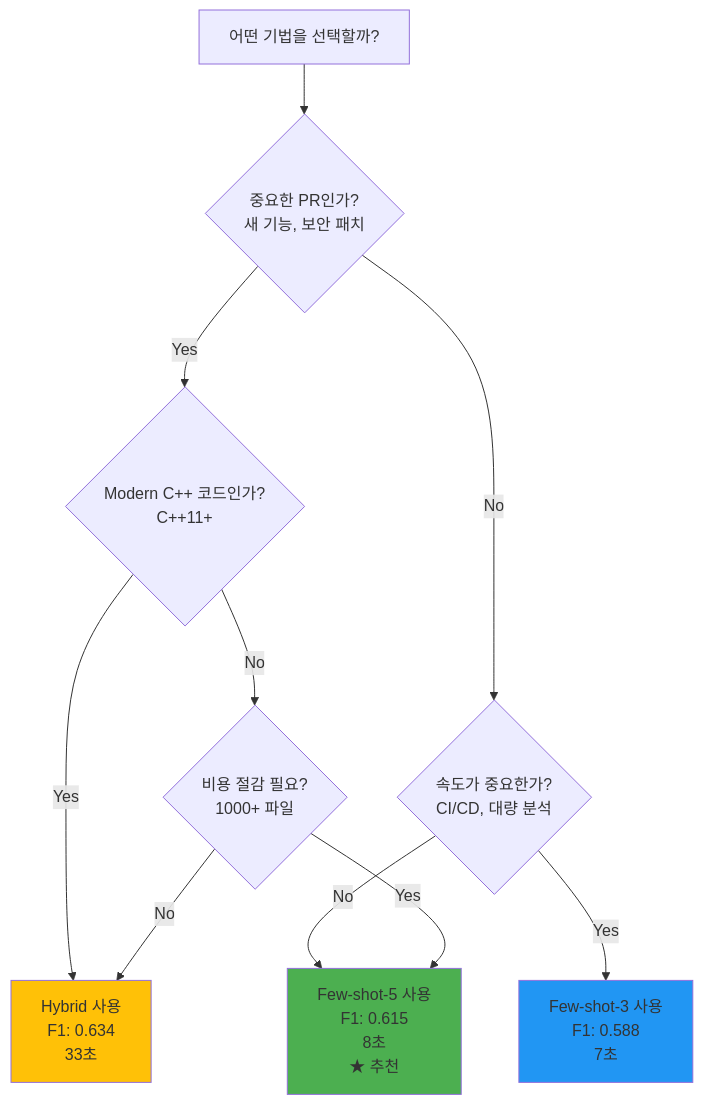
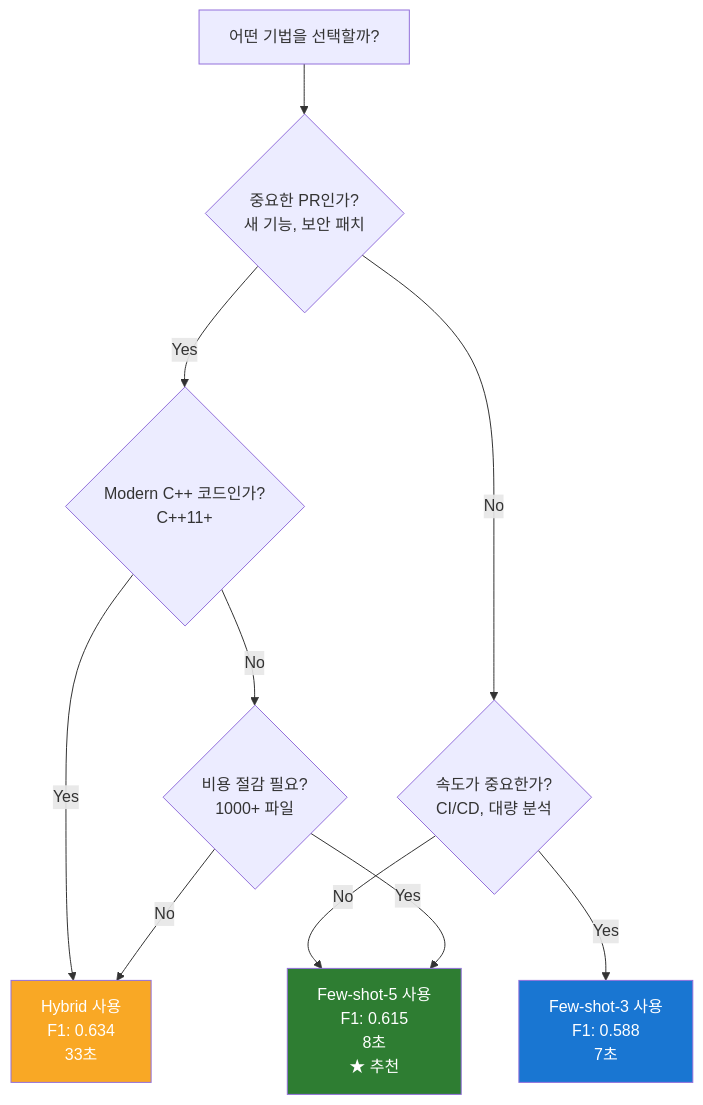
The seventh of 15 diagrams in docs/PROJECT_OVERVIEW.md (ApeachM/llm-code-reviewer), drawn with Mermaid before and after one commit. The commit also changed other lines of this file and 2 other files, not shown here.

First line of the commit message:
docs: Update Mermaid diagram colors for improved dark theme readability

````diff
--- a/docs/PROJECT_OVERVIEW.md
+++ b/docs/PROJECT_OVERVIEW.md
@@ -449,22 +449,22 @@
 ```mermaid
 graph TD
     Start[어떤 기법을 선택할까?]
 
     Start --> Q1{중요한 PR인가?<br/>새 기능, 보안 패치}
 
     Q1 -->|Yes| Q2{Modern C++ 코드인가?<br/>C++11+}
     Q1 -->|No| Q3{속도가 중요한가?<br/>CI/CD, 대량 분석}
 
     Q2 -->|Yes| UseHybrid[Hybrid 사용<br/>F1: 0.634<br/>33초]
     Q2 -->|No| Q4{비용 절감 필요?<br/>1000+ 파일}
 
     Q3 -->|Yes| UseFewShot3[Few-shot-3 사용<br/>F1: 0.588<br/>7초]
     Q3 -->|No| UseFewShot5[Few-shot-5 사용<br/>F1: 0.615<br/>8초<br/>★ 추천]
 
     Q4 -->|Yes| UseFewShot5
     Q4 -->|No| UseHybrid
 
-    style UseFewShot5 fill:#4caf50
-    style UseHybrid fill:#ffc107
-    style UseFewShot3 fill:#2196f3
+    style UseFewShot5 fill:#2e7d32,color:#fff
+    style UseHybrid fill:#f9a825,color:#fff
+    style UseFewShot3 fill:#1976d2,color:#fff
 ```
````
